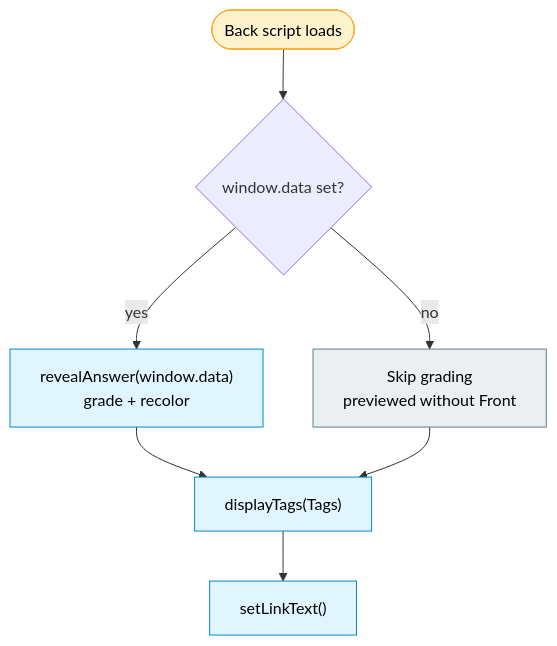
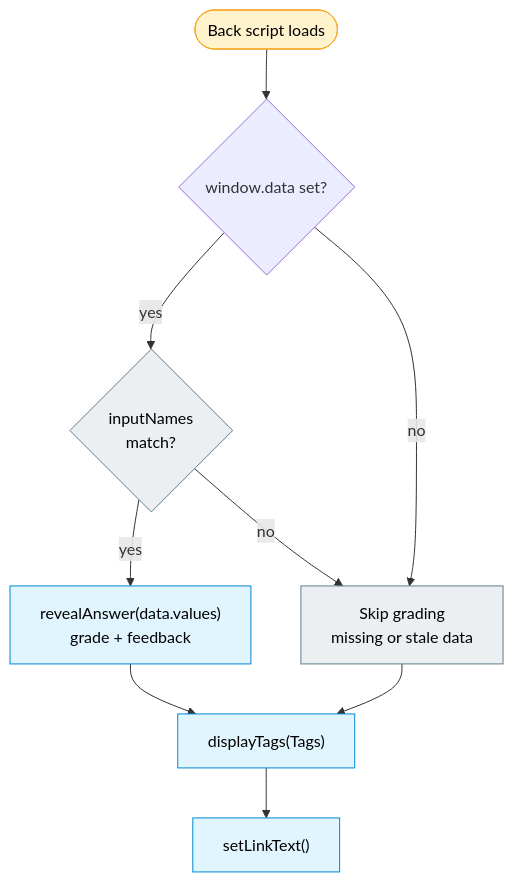
Before and after one commit to muhsinali/anki_templates: the second of 2 diagrams in documentation/architecture-diagrams/06-card-lifecycles.md, drawn with Mermaid. The commit also changed other lines of this file and 28 other files, not shown here.

````diff
--- a/documentation/architecture-diagrams/06-card-lifecycles.md
+++ b/documentation/architecture-diagrams/06-card-lifecycles.md
@@ -67,27 +71,30 @@
 ```mermaid
 flowchart TB
     back_load(["Back script loads"])
     has_data{"window.data set?"}
-    grade_answers["revealAnswer(window.data)<br/>grade + recolor"]
-    skip_grading["Skip grading<br/>previewed without Front"]
+    signature_match{"inputNames<br/>match?"}
+    grade_answers["revealAnswer(data.values)<br/>grade + feedback"]
+    skip_grading["Skip grading<br/>missing or stale data"]
     display_tags["displayTags(Tags)"]
     set_link["setLinkText()"]
 
     %% Grade only when the Front card saved learner input.
     back_load --> has_data
-    has_data -->|yes| grade_answers
+    has_data -->|yes| signature_match
     has_data -->|no| skip_grading
+    signature_match -->|yes| grade_answers
+    signature_match -->|no| skip_grading
 
     %% Shared chrome renders in both paths.
     grade_answers --> display_tags
     skip_grading --> display_tags
     display_tags --> set_link
 
     classDef entry fill:#fff3cd,stroke:#f9a825,color:#000;
     classDef process fill:#e1f5ff,stroke:#0288d1,color:#000;
     classDef branch fill:#eceff1,stroke:#607d8b,color:#000;
 
     class back_load entry;
     class grade_answers,display_tags,set_link process;
-    class skip_grading branch;
+    class skip_grading,signature_match branch;
 ```
````
